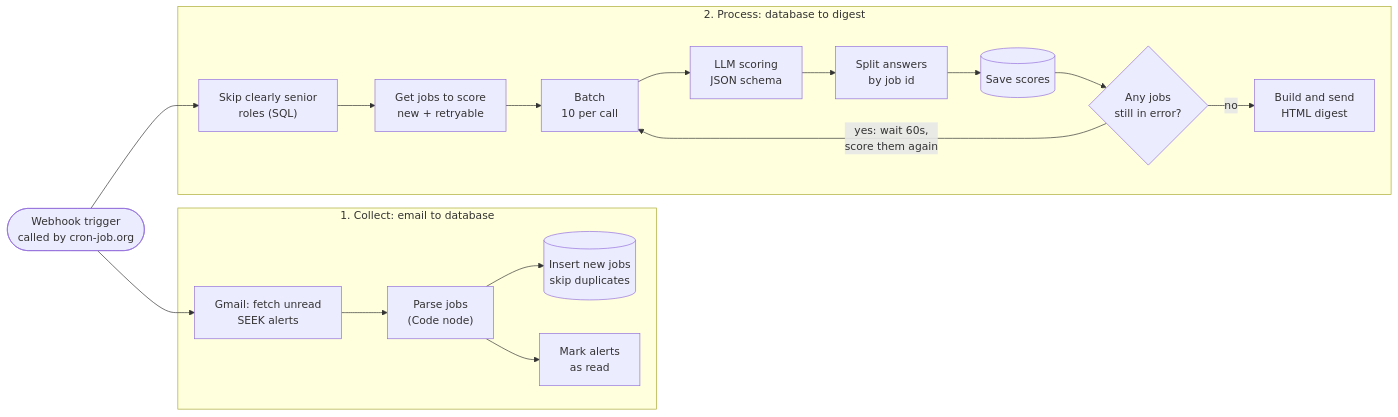
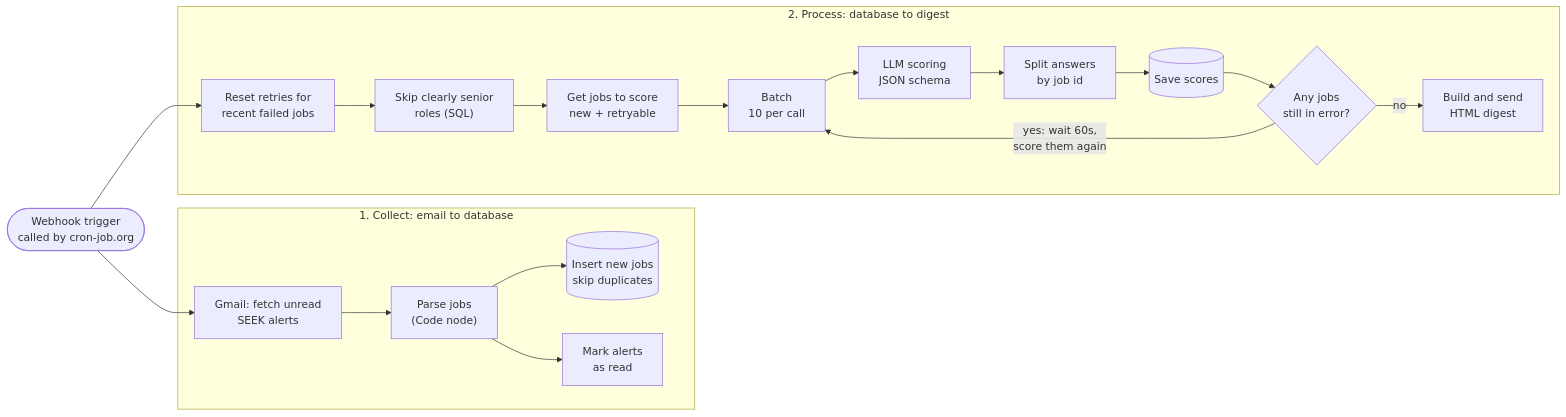
One commit to bilitixi/n8n-job-seek-workflow changed the diagram in README.md. Above: the diagram before and after it, drawn with Mermaid. The commit also changed other lines of this file and 2 other files, not shown here.

Commit message:
Reset retry counts for recent failed jobs at the start of each run
New "Reset retry counts" node runs before "Skip senior roles": jobs in
status 'error' with retry_count >= 3 and created in the last 7 days go
back to retry_count = 0, so each run gives them another 3 attempts.
Older failures stay retired so a job that can never be scored doesn't
use free-tier quota forever.

Claude-Session: https://claude.ai/code/session_01WntyXHfuioUtAQ4MKu2VYt

````diff
--- a/README.md
+++ b/README.md
@@ -15,24 +15,24 @@
 ```mermaid
 flowchart LR
     T(["Webhook trigger<br/>called by cron-job.org"])
 
     subgraph COLLECT["1. Collect: email to database"]
         A1["Gmail: fetch unread<br/>SEEK alerts"] --> A2["Parse jobs<br/>(Code node)"]
         A2 --> A3[("Insert new jobs<br/>skip duplicates")]
         A2 --> A4["Mark alerts<br/>as read"]
     end
 
     subgraph PROCESS["2. Process: database to digest"]
-        B1["Skip clearly senior<br/>roles (SQL)"] --> B2["Get jobs to score<br/>new + retryable"]
+        B0["Reset retries for<br/>recent failed jobs"] --> B1["Skip clearly senior<br/>roles (SQL)"] --> B2["Get jobs to score<br/>new + retryable"]
         B2 --> B3["Batch<br/>10 per call"]
         B3 --> B4["LLM scoring<br/>JSON schema"]
         B4 --> B5["Split answers<br/>by job id"]
         B5 --> B6[("Save scores")]
         B6 --> B8{"Any jobs<br/>still in error?"}
         B8 -- "yes: wait 60s,<br/>score them again" --> B3
         B8 -- no --> B7["Build and send<br/>HTML digest"]
     end
 
     T --> A1
-    T --> B1
+    T --> B0
 ```
````
